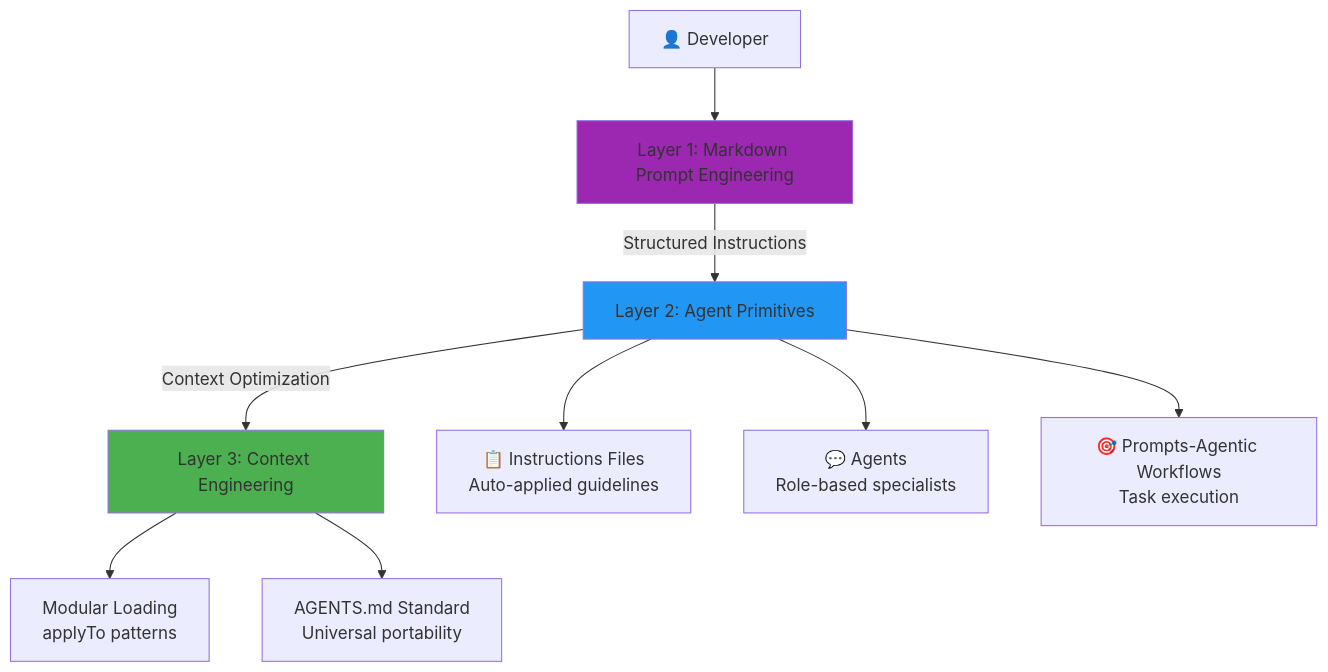
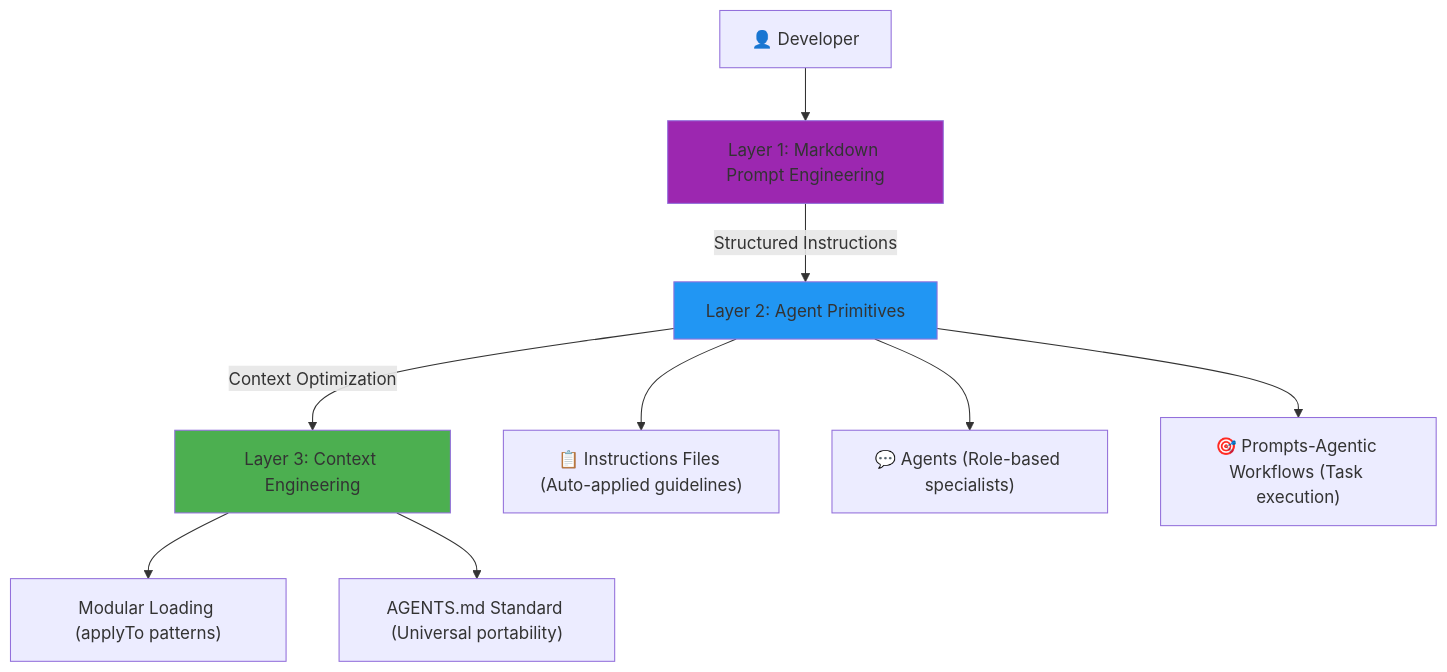
The diagram in docs/framework/overview.md (javiarmesto/AL-Development-Collection-for-GitHub-Copilot), drawn with Mermaid before and after one commit. The commit also changed 1 other file, not shown here.

Commit message:
fix: Remove <br/> from Mermaid diagrams in architecture overview
- Replace <br/> with parentheses notation in README.md architecture diagram
- Replace <br/> with parentheses notation in docs/framework/overview.md
- Ensures proper Mermaid rendering in GitHub and documentation site
- Completes Mermaid syntax cleanup across all documentation

````diff
--- a/docs/framework/overview.md
+++ b/docs/framework/overview.md
@@ -7,17 +7,17 @@
 ```mermaid
 graph TB
     Dev[👤 Developer] --> Layer1[Layer 1: Markdown Prompt Engineering]
     Layer1 --> |Structured Instructions| Layer2[Layer 2: Agent Primitives]
     Layer2 --> |Context Optimization| Layer3[Layer 3: Context Engineering]
     
-    Layer2 --> Instructions[📋 Instructions Files<br/>Auto-applied guidelines]
-    Layer2 --> Agents[💬 Agents<br/>Role-based specialists]
-    Layer2 --> Prompts[🎯 Prompts-Agentic Workflows<br/>Task execution]
+    Layer2 --> Instructions["📋 Instructions Files (Auto-applied guidelines)"]
+    Layer2 --> Agents["💬 Agents (Role-based specialists)"]
+    Layer2 --> Prompts["🎯 Prompts-Agentic Workflows (Task execution)"]
     
-    Layer3 --> Modular[Modular Loading<br/>applyTo patterns]
-    Layer3 --> AGENTSMD[AGENTS.md Standard<br/>Universal portability]
+    Layer3 --> Modular["Modular Loading (applyTo patterns)"]
+    Layer3 --> AGENTSMD["AGENTS.md Standard (Universal portability)"]
     
     style Layer1 fill:#9C27B0
     style Layer2 fill:#2196F3
     style Layer3 fill:#4CAF50
 ```
````
